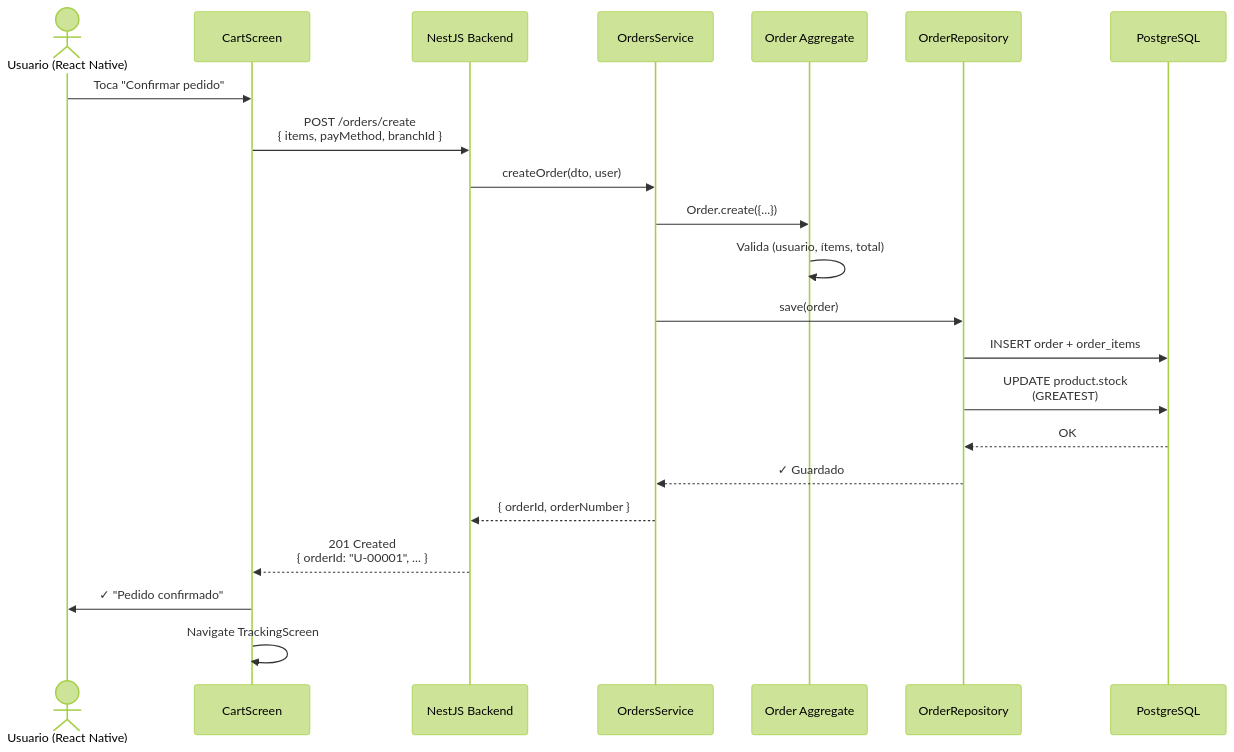
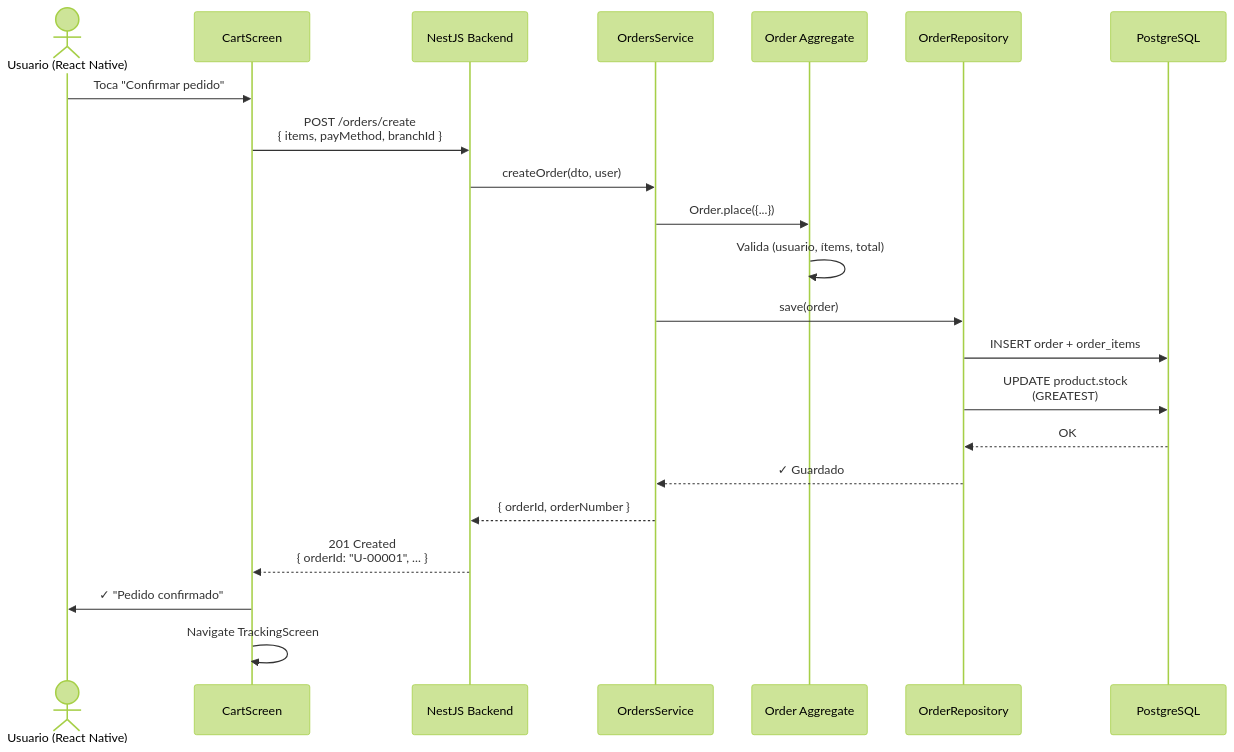
One commit to EmmaAle11/Proyecto---UTC---Innovacion changed the third of 4 diagrams in UTC-Proyecto/.claude/Architecture.md. Above: the diagram before and after it, drawn with Mermaid (forest theme). The commit also changed other lines of this file and 1 other file, not shown here.

First line of the commit message:
docs(.claude): alinear Architecture + cerrar REFACTORING_PLAN con el estado real (D-038..D-046)

````diff
--- a/UTC-Proyecto/.claude/Architecture.md
+++ b/UTC-Proyecto/.claude/Architecture.md
@@ -1043,25 +954,25 @@
 ```mermaid
 sequenceDiagram
     actor User as Usuario (React Native)
     participant Client as CartScreen
     participant BE as NestJS Backend
     participant OService as OrdersService
     participant Agg as Order Aggregate
     participant Repo as OrderRepository
     participant DB as PostgreSQL
     
     User->>Client: Toca "Confirmar pedido"
     Client->>BE: POST /orders/create<br/>{ items, payMethod, branchId }
     BE->>OService: createOrder(dto, user)
-    OService->>Agg: Order.create({...})
+    OService->>Agg: Order.place({...})
     Agg->>Agg: Valida (usuario, ítems, total)
     OService->>Repo: save(order)
     Repo->>DB: INSERT order + order_items
     Repo->>DB: UPDATE product.stock<br/>(GREATEST)
     DB-->>Repo: OK
     Repo-->>OService: ✓ Guardado
     OService-->>BE: { orderId, orderNumber }
     BE-->>Client: 201 Created<br/>{ orderId: "U-00001", ... }
     Client->>User: ✓ "Pedido confirmado"
     Client->>Client: Navigate TrackingScreen
 ```
````
